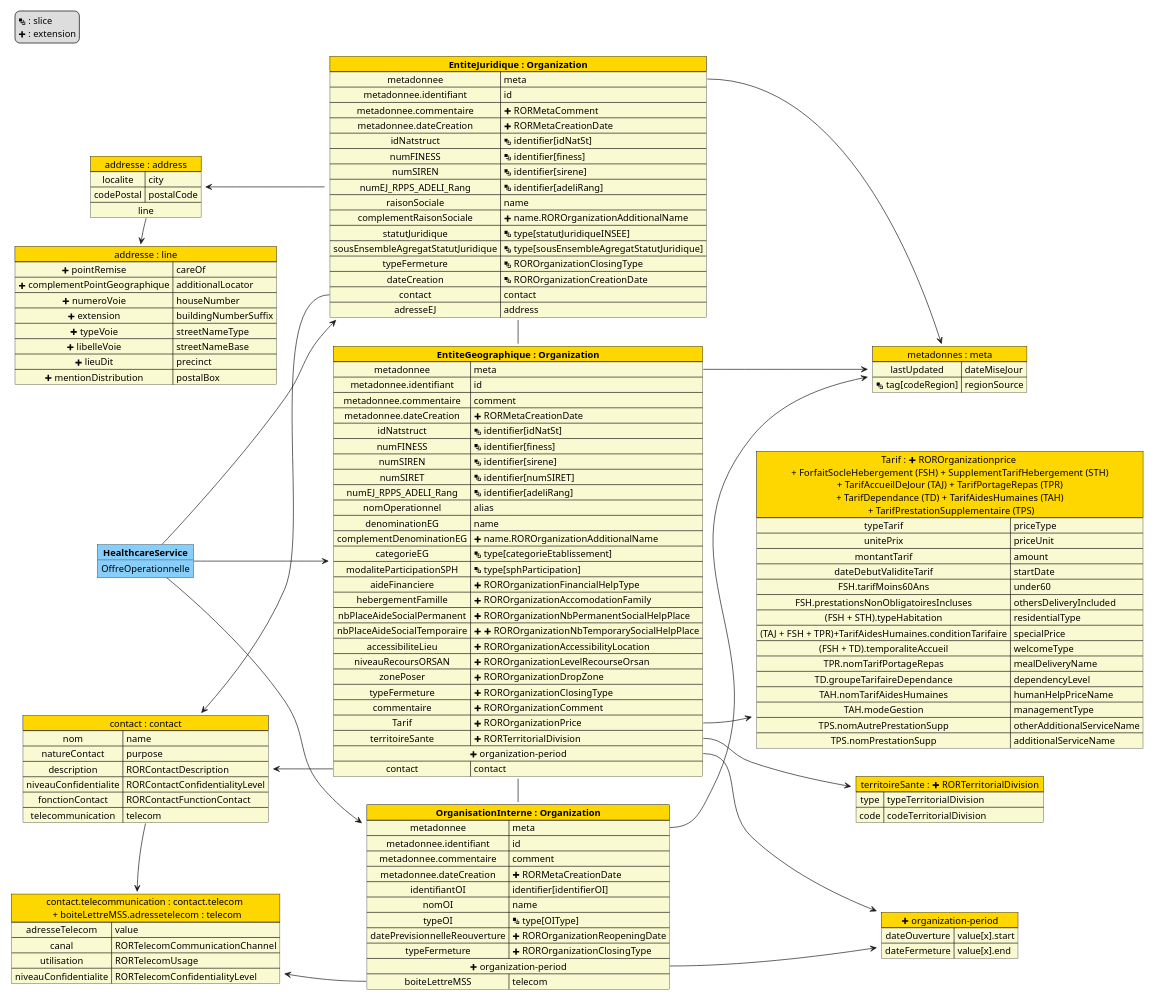
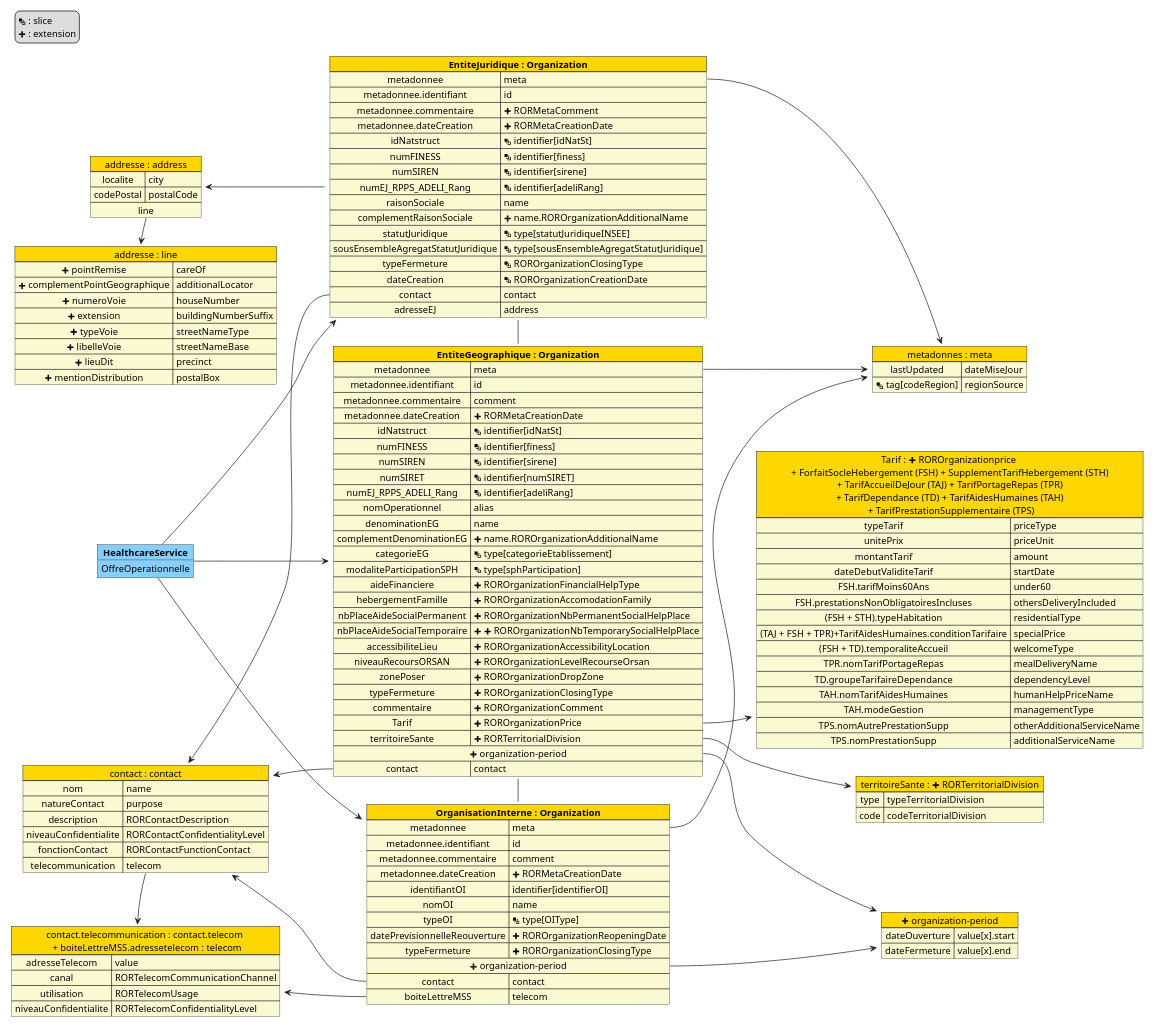
Before and after one commit to ansforge/IG-fhir-repertoire-offre-ressources-sante: the diagram in input/images-source/mapping-Organization.plantuml, drawn with PlantUML.

Commit message:
Update du mapping plantUML pour Organization (#407)
* Update mapping-Organization.plantuml

```diff
--- a/input/images-source/mapping-Organization.plantuml
+++ b/input/images-source/mapping-Organization.plantuml
@@ -1,167 +1,169 @@
 @startuml mapping-Organization
 
 left to right direction
 
 scale 1000 width
 
 legend top left
   <&layers> : slice
   <&plus> : extension
 endlegend
 
 
 map "metadonnes : meta" as meta #back:LightGoldenRodYellow;header:Gold {
     lastUpdated => dateMiseJour 
     <&layers> tag[codeRegion] => regionSource
 }
 
 map "<&plus> organization-period" as period #back:LightGoldenRodYellow;header:Gold {
     dateOuverture => value[x].start
     dateFermeture => value[x].end
 }
 
 map "territoireSante : <&plus> RORTerritorialDivision" as RORTerritorialDivision #back:LightGoldenRodYellow;header:Gold {
     type => typeTerritorialDivision
     code => codeTerritorialDivision
 }
 
 map "Tarif : <&plus> ROROrganizationprice \n +  ForfaitSocleHebergement (FSH) + SupplementTarifHebergement (STH) \n + TarifAccueilDeJour (TAJ) + TarifPortageRepas (TPR) \n + TarifDependance (TD) + TarifAidesHumaines (TAH) \n + TarifPrestationSupplementaire (TPS)" as ROROrganizationPrice #back:LightGoldenRodYellow;header:Gold {
     typeTarif => priceType
     unitePrix => priceUnit
     montantTarif => amount
     dateDebutValiditeTarif => startDate
     FSH.tarifMoins60Ans => under60
     FSH.prestationsNonObligatoiresIncluses => deliveryIncluded
     FSH.prestationsNonObligatoiresIncluses => othersDeliveryIncluded
     (FSH + STH).typeHabitation => residentialType
     (TAJ + FSH + TPR)+TarifAidesHumaines.conditionTarifaire => specialPrice
     (FSH + TD).temporaliteAccueil => welcomeType
     TPR.nomTarifPortageRepas => mealDeliveryName
     TD.groupeTarifaireDependance => dependencyLevel
     TAH.nomTarifAidesHumaines => humanHelpPriceName
     TAH.modeGestion => managementType
     TPS.nomAutrePrestationSupp => otherAdditionalServiceName
     TPS.nomPrestationSupp => additionalServiceName
 }
 
 map "contact : contact" as contact #back:LightGoldenRodYellow;header:Gold {
     nom => name
     natureContact => purpose
     description => RORContactDescription
     niveauConfidentialite => RORContactConfidentialityLevel
     fonctionContact => RORContactFunctionContact
     telecommunication => telecom
 }
 
 map "contact.telecommunication : contact.telecom \n + boiteLettreMSS.adressetelecom : telecom" as telecom #back:LightGoldenRodYellow;header:Gold {
     adresseTelecom => value
     canal => RORTelecomCommunicationChannel
     utilisation => RORTelecomUsage
     niveauConfidentialite => RORTelecomConfidentialityLevel
 }
 map "addresse : line" as addressLine #back:LightGoldenRodYellow;header:Gold {
     <&plus> pointRemise => careOf
     <&plus> complementPointGeographique => additionalLocator
     <&plus> numeroVoie => houseNumber
     <&plus> extension => buildingNumberSuffix
     <&plus> typeVoie => streetNameType
     <&plus> libelleVoie => streetNameBase
     <&plus> lieuDit => precinct
     <&plus> mentionDistribution => postalBox
 }
 
 map "addresse : address" as address #back:LightGoldenRodYellow;header:Gold {
     localite => city
     codePostal => postalCode
     line *-> addressLine
 }
 
 
 map "**EntiteJuridique : Organization**" as EJ #back:LightGoldenRodYellow;header:Gold {
     metadonnee => meta 
     metadonnee.identifiant => id
     metadonnee.commentaire => <&plus> RORMetaComment
     metadonnee.dateCreation => <&plus> RORMetaCreationDate
     idNatstruct => <&layers> identifier[idNatSt]
     numFINESS => <&layers> identifier[finess]
     numSIREN => <&layers> identifier[sirene]
     numEJ_RPPS_ADELI_Rang => <&layers> identifier[rppsRang]
     numEJ_RPPS_ADELI_Rang => <&layers> identifier[adeliRang]
     raisonSociale => name
     complementRaisonSociale => <&plus> name.ROROrganizationAdditionalName
     statutJuridique => <&layers> type[statutJuridiqueINSEE]
     sousEnsembleAgregatStatutJuridique => <&layers> type[sousEnsembleAgregatStatutJuridique]
     typeFermeture => <&layers> ROROrganizationClosingType
     dateCreation => <&layers> ROROrganizationCreationDate
     contact => contact
     adresseEJ => address
 }
 
 map "**EntiteGeographique : Organization**" as EG #back:LightGoldenRodYellow;header:Gold {
     metadonnee => meta 
     metadonnee.identifiant => id
     metadonnee.commentaire => comment
     metadonnee.dateCreation => <&plus> RORMetaCreationDate
     idNatstruct => <&layers> identifier[idNatSt]
     numFINESS => <&layers> identifier[finess]
     numSIREN => <&layers> identifier[sirene]
     numSIRET => <&layers> identifier[numSIRET]
     numEJ_RPPS_ADELI_Rang => <&layers> identifier[rppsRang]
     numEJ_RPPS_ADELI_Rang => <&layers> identifier[adeliRang]
     nomOperationnel => alias
     denominationEG => name
     complementDenominationEG => <&plus> name.ROROrganizationAdditionalName
     categorieEG => <&layers> type[categorieEtablissement] 
     modaliteParticipationSPH => <&layers> type[sphParticipation]
     aideFinanciere => <&plus> ROROrganizationFinancialHelpType
     hebergementFamille => <&plus> ROROrganizationAccomodationFamily
     nbPlaceAideSocialPermanent => <&plus> ROROrganizationNbPermanentSocialHelpPlace
     nbPlaceAideSocialTemporaire => <&plus> <&plus> ROROrganizationNbTemporarySocialHelpPlace
     accessibiliteLieu => <&plus> ROROrganizationAccessibilityLocation
     niveauRecoursORSAN => <&plus> ROROrganizationLevelRecourseOrsan
     zonePoser => <&plus> ROROrganizationDropZone
     typeFermeture => <&plus> ROROrganizationClosingType
     commentaire => <&plus> ROROrganizationComment
     Tarif => <&plus> ROROrganizationPrice
     territoireSante => <&plus> RORTerritorialDivision
     <&plus> organization-period *--> period
     contact => contact
 }
 
 map "**OrganisationInterne : Organization**" as OI #back:LightGoldenRodYellow;header:Gold {
     metadonnee => meta 
     metadonnee.identifiant => id
     metadonnee.commentaire => comment
     metadonnee.dateCreation => <&plus> RORMetaCreationDate
     identifiantOI => identifier[identifierOI]
     nomOI => name
     typeOI => <&layers> type[OIType]
     datePrevisionnelleReouverture => <&plus> ROROrganizationReopeningDate
     typeFermeture => <&plus> ROROrganizationClosingType
     <&plus> organization-period *--> period
-    boiteLettreMSS => telecom 
+    contact => contact
+    boiteLettreMSS => telecom
 }
 
 EJ::metadonnee --> meta
 EG::metadonnee --> meta
 OI::metadonnee --> meta
 contact <-- EJ::contact
 contact <-- EG::contact
+contact <-- OI::contact
 contact::telecommunication -> telecom
 telecom <-- OI::boiteLettreMSS
 address <-- EJ::adresse
 EG::territoireSante --> RORTerritorialDivision
 EG::Tarif --> ROROrganizationPrice
 
 
 object "**HealthcareService**" as HS #LightSkyBlue {
     OffreOperationnelle
 }
 
 HS --> EJ
 HS --> EG
 HS --> OI
 EJ - EG 
 EG - OI
 
 @enduml
```
